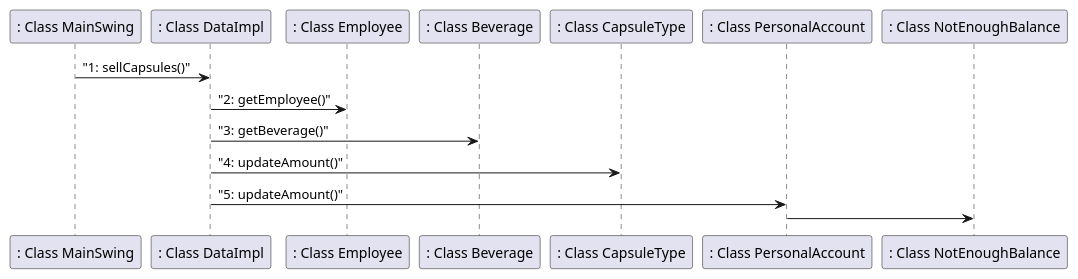
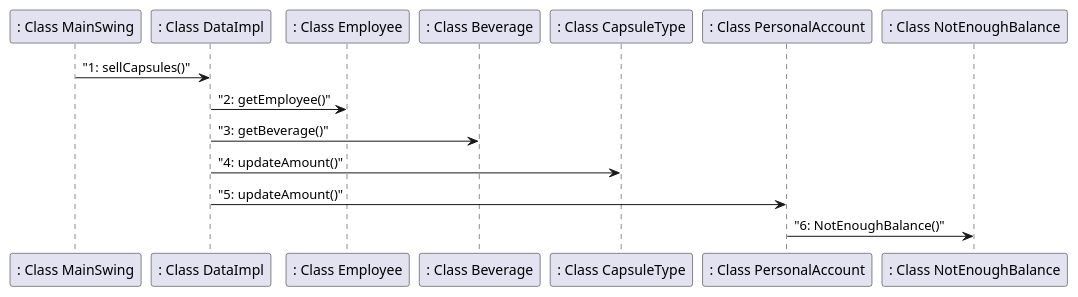
Before and after one commit to salvatore-dimartino/LaTazza: the seventh of 7 diagrams in templates/DesignDocumentTemplate.md, drawn with PlantUML.

````diff
--- a/templates/DesignDocumentTemplate.md
+++ b/templates/DesignDocumentTemplate.md
@@ -293,8 +293,8 @@
 ```plantuml
 ": Class MainSwing" -> ": Class DataImpl": "1: sellCapsules()"
 ": Class DataImpl" -> ": Class Employee": "2: getEmployee()"
 ": Class DataImpl" -> ": Class Beverage": "3: getBeverage()"
 ": Class DataImpl" -> ": Class CapsuleType": "4: updateAmount()"
 ": Class DataImpl" -> ": Class PersonalAccount": "5: updateAmount()"
-": Class PersonalAccount" -> ": Class NotEnoughBalance"
+": Class PersonalAccount" -> ": Class NotEnoughBalance": "6: NotEnoughBalance()"
 ```
````
